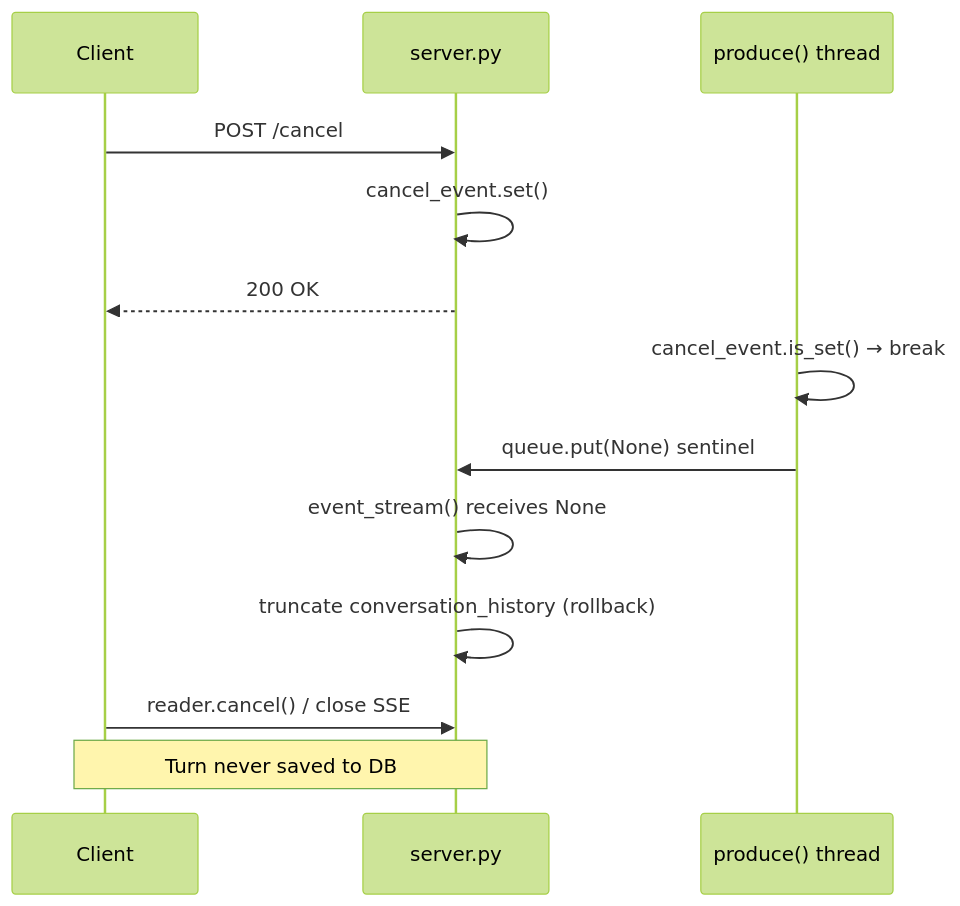
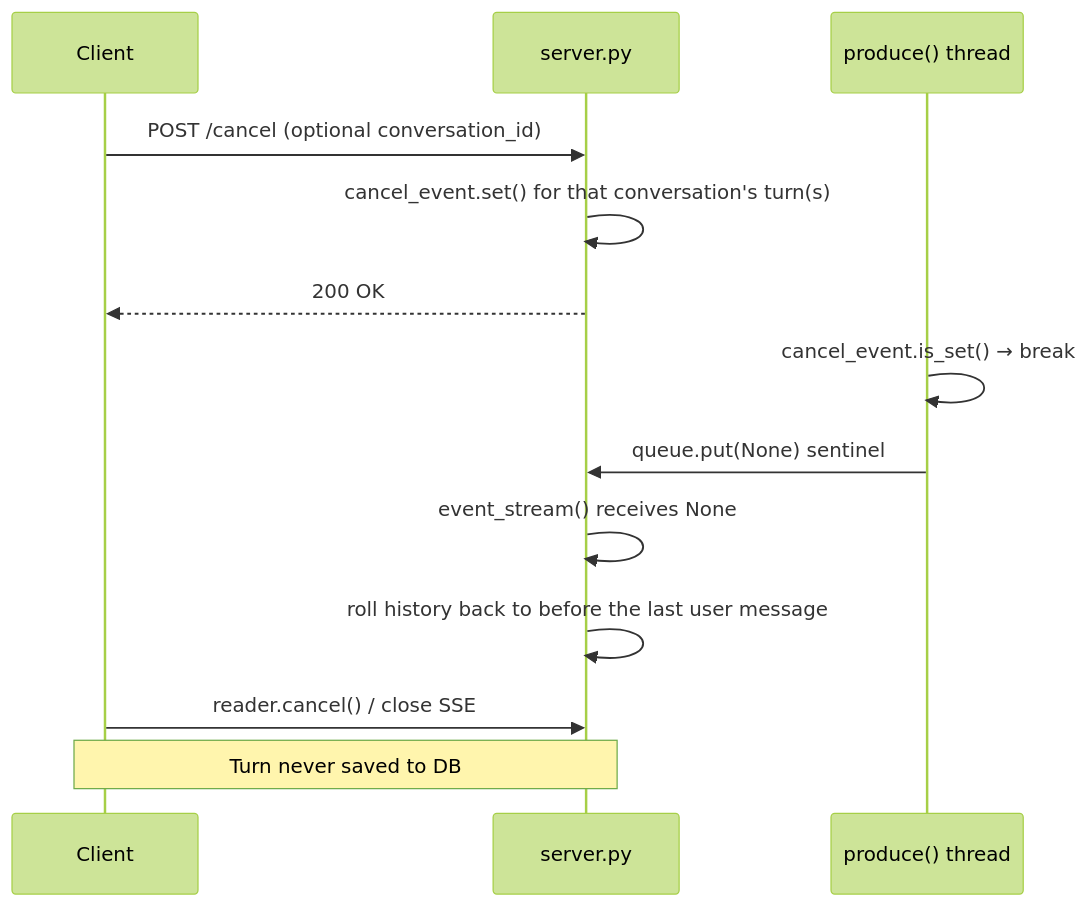
The third of 4 diagrams in docs/diagram.md (mabaeyens/mira-core), drawn with Mermaid (forest theme) before and after one commit. The commit also changed other lines of this file, not shown here.

Commit message:
docs(diagram): fix step caps and cancel flow, drop client-side flows that belong to mira-apps

````diff
--- a/docs/diagram.md
+++ b/docs/diagram.md
@@ -114,18 +114,18 @@
 ```mermaid
 sequenceDiagram
     participant Client as Client
     participant Server as server.py
     participant Thread as produce() thread
 
-    Client->>Server: POST /cancel
-    Server->>Server: cancel_event.set()
+    Client->>Server: POST /cancel (optional conversation_id)
+    Server->>Server: cancel_event.set() for that conversation's turn(s)
     Server-->>Client: 200 OK
 
     Thread->>Thread: cancel_event.is_set() → break
     Thread->>Server: queue.put(None) sentinel
     Server->>Server: event_stream() receives None
-    Server->>Server: truncate conversation_history (rollback)
+    Server->>Server: roll history back to before the last user message
     Client->>Server: reader.cancel() / close SSE
 
     note over Client,Server: Turn never saved to DB
 ```
````
